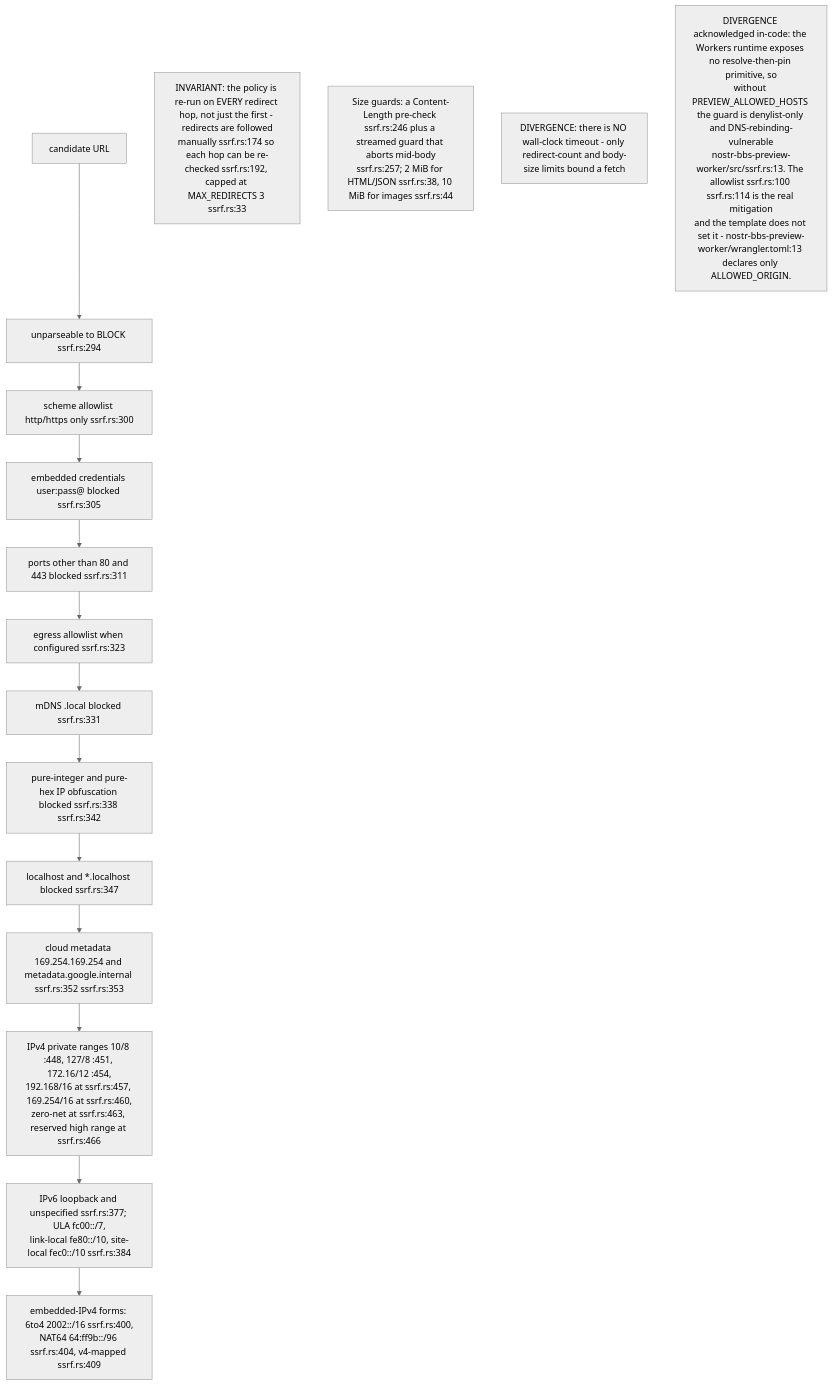
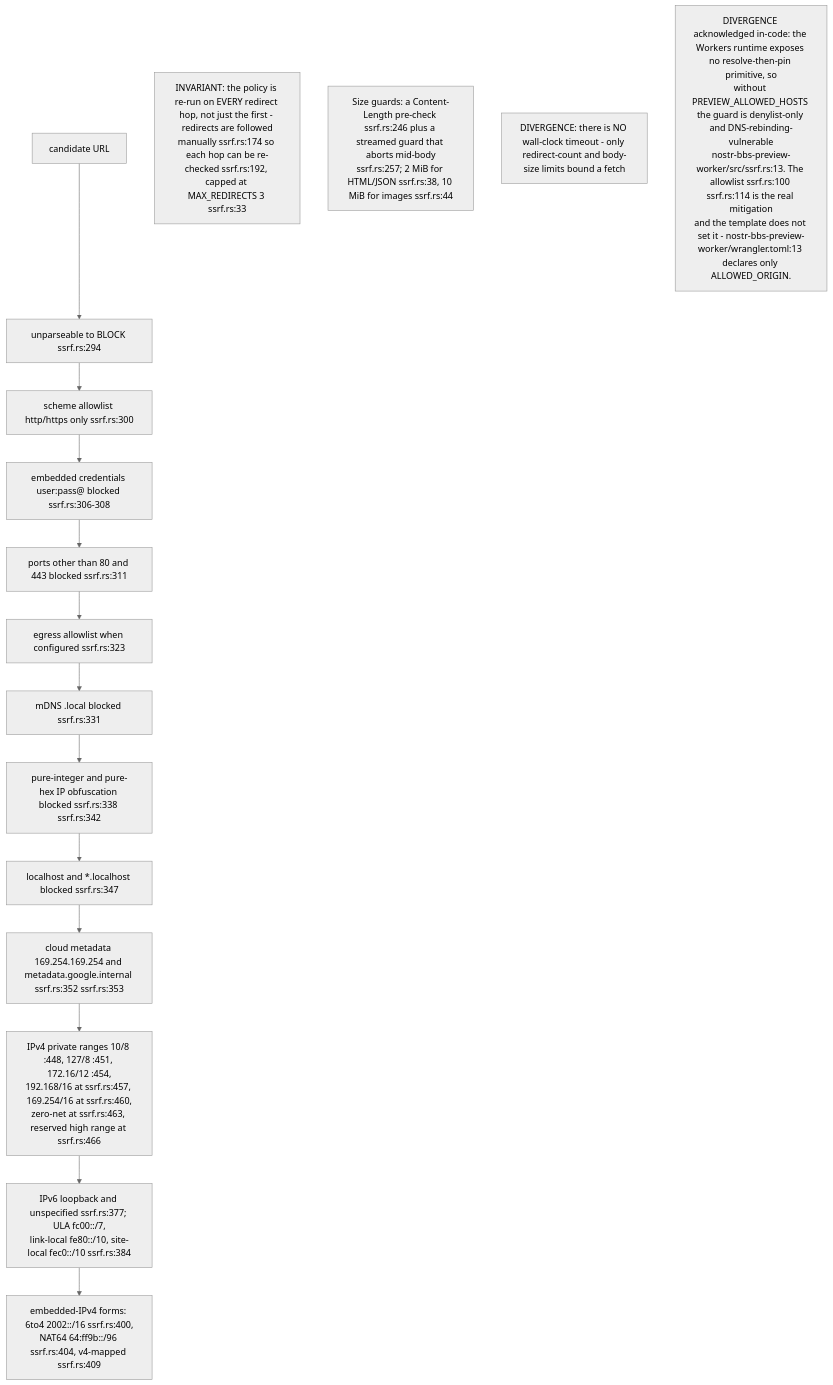
Before and after one commit to DreamLab-AI/VisionFlow: the sixth of 9 diagrams in docs/diagrams/nostr-rust-forum/07-search-preview-and-shared-worker-utilities.md, drawn with Mermaid (neutral theme). The commit also changed 39 other files, not shown here.

````diff
--- a/docs/diagrams/nostr-rust-forum/07-search-preview-and-shared-worker-utilities.md
+++ b/docs/diagrams/nostr-rust-forum/07-search-preview-and-shared-worker-utilities.md
@@ -157,23 +157,23 @@
 ```mermaid
 flowchart TB
     URL["candidate URL"]
     P0["unparseable to BLOCK ssrf.rs:294"]
     P1["scheme allowlist http/https only ssrf.rs:300"]
-    P2["embedded credentials user:pass@ blocked ssrf.rs:305"]
+    P2["embedded credentials user:pass@ blocked ssrf.rs:306-308"]
     P3["ports other than 80 and 443 blocked ssrf.rs:311"]
     P4["egress allowlist when configured ssrf.rs:323"]
     P5["mDNS .local blocked ssrf.rs:331"]
     P6["pure-integer and pure-hex IP obfuscation blocked ssrf.rs:338 ssrf.rs:342"]
     P7["localhost and *.localhost blocked ssrf.rs:347"]
     P8["cloud metadata 169.254.169.254 and metadata.google.internal ssrf.rs:352 ssrf.rs:353"]
     P9["IPv4 private ranges 10/8 :448, 127/8 :451, 172.16/12 :454,<br/>192.168/16 at ssrf.rs:457, 169.254/16 at ssrf.rs:460,<br/>zero-net at ssrf.rs:463, reserved high range at ssrf.rs:466"]
     P10["IPv6 loopback and unspecified ssrf.rs:377; ULA fc00::/7,<br/>link-local fe80::/10, site-local fec0::/10 ssrf.rs:384"]
     P11["embedded-IPv4 forms: 6to4 2002::/16 ssrf.rs:400,<br/>NAT64 64:ff9b::/96 ssrf.rs:404, v4-mapped ssrf.rs:409"]
 
     URL --> P0 --> P1 --> P2 --> P3 --> P4 --> P5 --> P6 --> P7 --> P8 --> P9 --> P10 --> P11
 
     N1["INVARIANT: the policy is re-run on EVERY redirect hop, not just the first - redirects are followed<br/>manually ssrf.rs:174 so each hop can be re-checked ssrf.rs:192, capped at MAX_REDIRECTS 3 ssrf.rs:33"]
     N2["Size guards: a Content-Length pre-check ssrf.rs:246 plus a streamed guard that aborts mid-body<br/>ssrf.rs:257; 2 MiB for HTML/JSON ssrf.rs:38, 10 MiB for images ssrf.rs:44"]
     N3["DIVERGENCE: there is NO wall-clock timeout - only redirect-count and body-size limits bound a fetch"]
     N4["DIVERGENCE acknowledged in-code: the Workers runtime exposes no resolve-then-pin primitive, so<br/>without PREVIEW_ALLOWED_HOSTS the guard is denylist-only and DNS-rebinding-vulnerable<br/>nostr-bbs-preview-worker/src/ssrf.rs:13. The allowlist ssrf.rs:100 ssrf.rs:114 is the real mitigation<br/>and the template does not set it - nostr-bbs-preview-worker/wrangler.toml:13 declares only ALLOWED_ORIGIN."]
 ```
````
